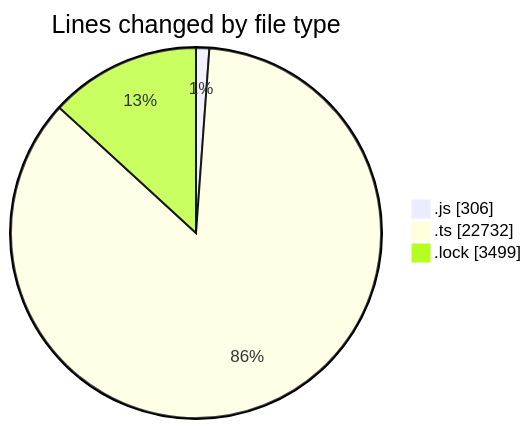
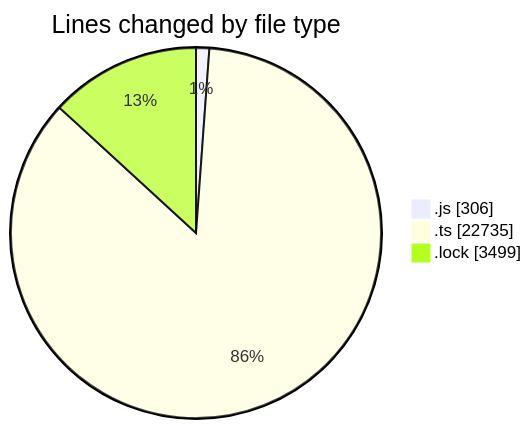
Before and after one commit to momahboobian/code-tracking: the first of 2 diagrams in 2025-05-27/cda/README.md, drawn with Mermaid. The commit also changed other lines of this file and 1 other file, not shown here.

````diff
--- a/2025-05-27/cda/README.md
+++ b/2025-05-27/cda/README.md
@@ -28,7 +28,7 @@
 ```mermaid
 pie showData
 title Lines changed by file type
 ".js" : 306
-".ts" : 22732
+".ts" : 22735
 ".lock" : 3499
 ```
````
